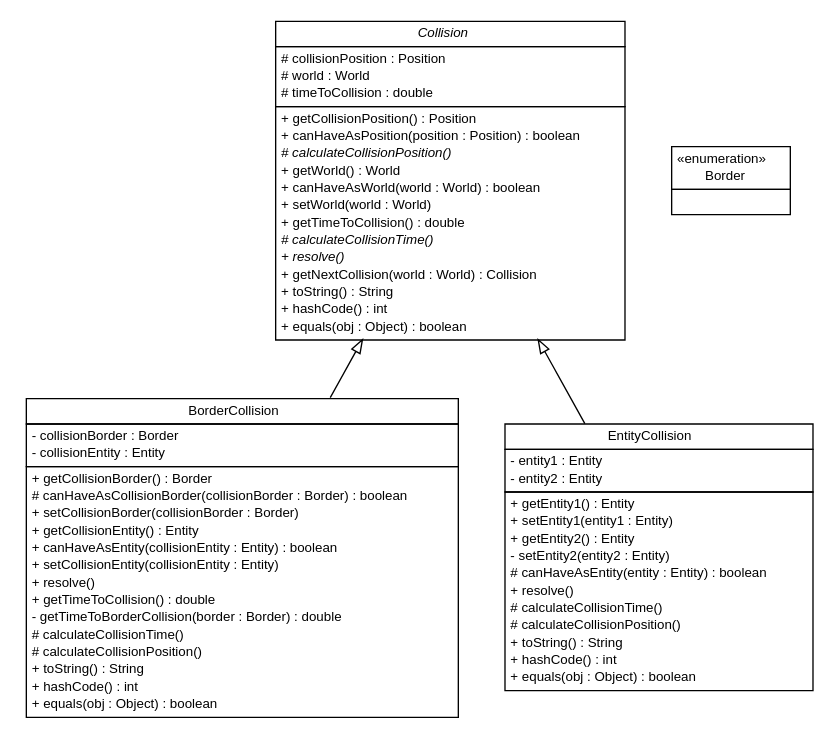
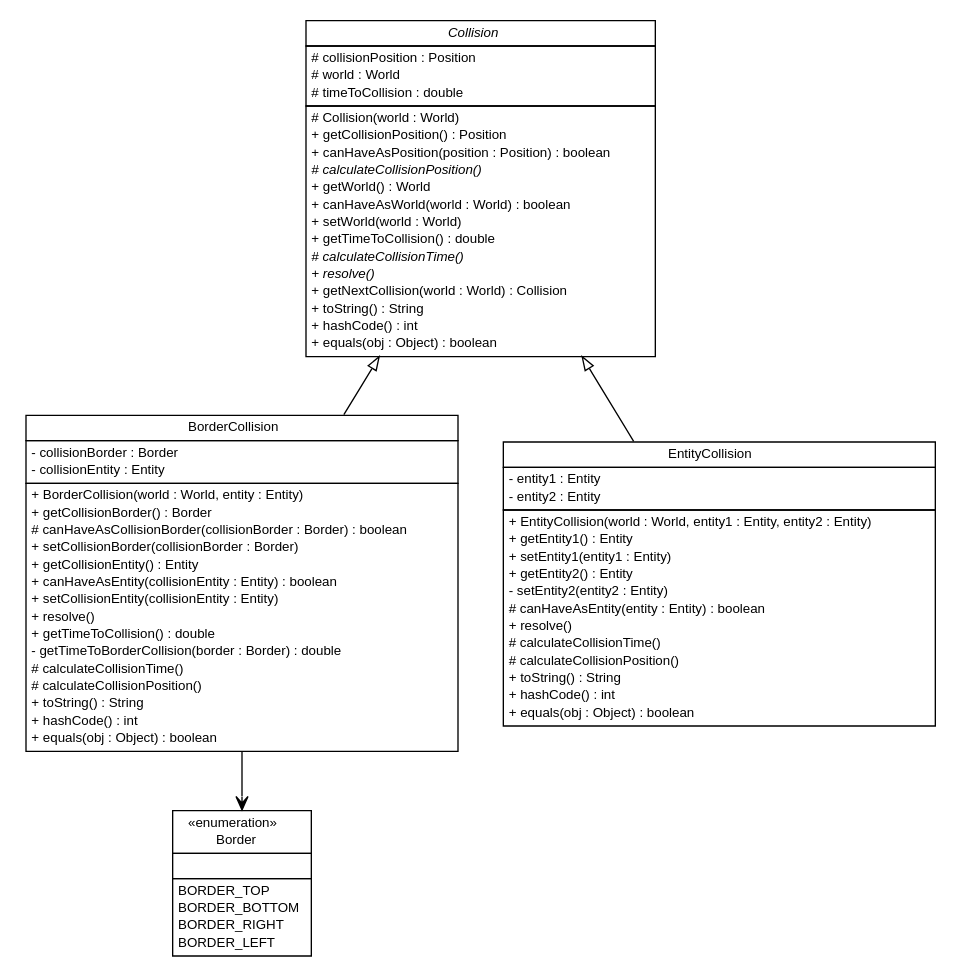
Before and after one commit to sinopeus/asteroids: the diagram in doc/world/physics/collision/world.physics.collision.dot, drawn with Graphviz. The commit also changed 940 other files, not shown here.

```diff
--- a/doc/world/physics/collision/world.physics.collision.dot
+++ b/doc/world/physics/collision/world.physics.collision.dot
@@ -1,101 +1,112 @@
 #!/usr/local/bin/dot
 #
 # Class diagram 
 # Generated by UMLGraph version R5_6 (http://www.umlgraph.org/)
 #
 
 digraph G {
 	edge [fontname="Helvetica",fontsize=10,labelfontname="Helvetica",labelfontsize=10];
 	node [fontname="Helvetica",fontsize=10,shape=plaintext];
 	nodesep=0.25;
 	ranksep=0.5;
 	// world.physics.collision.Collision
 	c2237 [label=<<table title="world.physics.collision.Collision" border="0" cellborder="1" cellspacing="0" cellpadding="2" port="p" href="./Collision.html">
 		<tr><td><table border="0" cellspacing="0" cellpadding="1">
 <tr><td align="center" balign="center"><font face="Helvetica-Oblique"> Collision </font></td></tr>
 		</table></td></tr>
 		<tr><td><table border="0" cellspacing="0" cellpadding="1">
 <tr><td align="left" balign="left"> # collisionPosition : Position </td></tr>
 <tr><td align="left" balign="left"> # world : World </td></tr>
 <tr><td align="left" balign="left"> # timeToCollision : double </td></tr>
 		</table></td></tr>
 		<tr><td><table border="0" cellspacing="0" cellpadding="1">
+<tr><td align="left" balign="left"> # Collision(world : World) </td></tr>
 <tr><td align="left" balign="left"> + getCollisionPosition() : Position </td></tr>
 <tr><td align="left" balign="left"> + canHaveAsPosition(position : Position) : boolean </td></tr>
 <tr><td align="left" balign="left"><font face="Helvetica-Oblique" point-size="10.0"> # calculateCollisionPosition() </font></td></tr>
 <tr><td align="left" balign="left"> + getWorld() : World </td></tr>
 <tr><td align="left" balign="left"> + canHaveAsWorld(world : World) : boolean </td></tr>
 <tr><td align="left" balign="left"> + setWorld(world : World) </td></tr>
 <tr><td align="left" balign="left"> + getTimeToCollision() : double </td></tr>
 <tr><td align="left" balign="left"><font face="Helvetica-Oblique" point-size="10.0"> # calculateCollisionTime() </font></td></tr>
 <tr><td align="left" balign="left"><font face="Helvetica-Oblique" point-size="10.0"> + resolve() </font></td></tr>
 <tr><td align="left" balign="left"> + getNextCollision(world : World) : Collision </td></tr>
 <tr><td align="left" balign="left"> + toString() : String </td></tr>
 <tr><td align="left" balign="left"> + hashCode() : int </td></tr>
 <tr><td align="left" balign="left"> + equals(obj : Object) : boolean </td></tr>
 		</table></td></tr>
 		</table>>, URL="./Collision.html", fontname="Helvetica", fontcolor="black", fontsize=10.0];
 	// world.physics.collision.Border
 	c2238 [label=<<table title="world.physics.collision.Border" border="0" cellborder="1" cellspacing="0" cellpadding="2" port="p" href="./Border.html">
 		<tr><td><table border="0" cellspacing="0" cellpadding="1">
 <tr><td align="center" balign="center"> &#171;enumeration&#187; </td></tr>
 <tr><td align="center" balign="center"> Border </td></tr>
 		</table></td></tr>
 		<tr><td><table border="0" cellspacing="0" cellpadding="1">
 <tr><td align="left" balign="left">  </td></tr>
 		</table></td></tr>
+		<tr><td><table border="0" cellspacing="0" cellpadding="1">
+<tr><td align="left" balign="left"> BORDER_TOP </td></tr>
+<tr><td align="left" balign="left"> BORDER_BOTTOM </td></tr>
+<tr><td align="left" balign="left"> BORDER_RIGHT </td></tr>
+<tr><td align="left" balign="left"> BORDER_LEFT </td></tr>
+		</table></td></tr>
 		</table>>, URL="./Border.html", fontname="Helvetica", fontcolor="black", fontsize=10.0];
 	// world.physics.collision.BorderCollision
 	c2239 [label=<<table title="world.physics.collision.BorderCollision" border="0" cellborder="1" cellspacing="0" cellpadding="2" port="p" href="./BorderCollision.html">
 		<tr><td><table border="0" cellspacing="0" cellpadding="1">
 <tr><td align="center" balign="center"> BorderCollision </td></tr>
 		</table></td></tr>
 		<tr><td><table border="0" cellspacing="0" cellpadding="1">
 <tr><td align="left" balign="left"> - collisionBorder : Border </td></tr>
 <tr><td align="left" balign="left"> - collisionEntity : Entity </td></tr>
 		</table></td></tr>
 		<tr><td><table border="0" cellspacing="0" cellpadding="1">
+<tr><td align="left" balign="left"> + BorderCollision(world : World, entity : Entity) </td></tr>
 <tr><td align="left" balign="left"> + getCollisionBorder() : Border </td></tr>
 <tr><td align="left" balign="left"> # canHaveAsCollisionBorder(collisionBorder : Border) : boolean </td></tr>
 <tr><td align="left" balign="left"> + setCollisionBorder(collisionBorder : Border) </td></tr>
 <tr><td align="left" balign="left"> + getCollisionEntity() : Entity </td></tr>
 <tr><td align="left" balign="left"> + canHaveAsEntity(collisionEntity : Entity) : boolean </td></tr>
 <tr><td align="left" balign="left"> + setCollisionEntity(collisionEntity : Entity) </td></tr>
 <tr><td align="left" balign="left"> + resolve() </td></tr>
 <tr><td align="left" balign="left"> + getTimeToCollision() : double </td></tr>
 <tr><td align="left" balign="left"> - getTimeToBorderCollision(border : Border) : double </td></tr>
 <tr><td align="left" balign="left"> # calculateCollisionTime() </td></tr>
 <tr><td align="left" balign="left"> # calculateCollisionPosition() </td></tr>
 <tr><td align="left" balign="left"> + toString() : String </td></tr>
 <tr><td align="left" balign="left"> + hashCode() : int </td></tr>
 <tr><td align="left" balign="left"> + equals(obj : Object) : boolean </td></tr>
 		</table></td></tr>
 		</table>>, URL="./BorderCollision.html", fontname="Helvetica", fontcolor="black", fontsize=10.0];
 	// world.physics.collision.EntityCollision
 	c2240 [label=<<table title="world.physics.collision.EntityCollision" border="0" cellborder="1" cellspacing="0" cellpadding="2" port="p" href="./EntityCollision.html">
 		<tr><td><table border="0" cellspacing="0" cellpadding="1">
 <tr><td align="center" balign="center"> EntityCollision </td></tr>
 		</table></td></tr>
 		<tr><td><table border="0" cellspacing="0" cellpadding="1">
 <tr><td align="left" balign="left"> - entity1 : Entity </td></tr>
 <tr><td align="left" balign="left"> - entity2 : Entity </td></tr>
 		</table></td></tr>
 		<tr><td><table border="0" cellspacing="0" cellpadding="1">
+<tr><td align="left" balign="left"> + EntityCollision(world : World, entity1 : Entity, entity2 : Entity) </td></tr>
 <tr><td align="left" balign="left"> + getEntity1() : Entity </td></tr>
 <tr><td align="left" balign="left"> + setEntity1(entity1 : Entity) </td></tr>
 <tr><td align="left" balign="left"> + getEntity2() : Entity </td></tr>
 <tr><td align="left" balign="left"> - setEntity2(entity2 : Entity) </td></tr>
 <tr><td align="left" balign="left"> # canHaveAsEntity(entity : Entity) : boolean </td></tr>
 <tr><td align="left" balign="left"> + resolve() </td></tr>
 <tr><td align="left" balign="left"> # calculateCollisionTime() </td></tr>
 <tr><td align="left" balign="left"> # calculateCollisionPosition() </td></tr>
 <tr><td align="left" balign="left"> + toString() : String </td></tr>
 <tr><td align="left" balign="left"> + hashCode() : int </td></tr>
 <tr><td align="left" balign="left"> + equals(obj : Object) : boolean </td></tr>
 		</table></td></tr>
 		</table>>, URL="./EntityCollision.html", fontname="Helvetica", fontcolor="black", fontsize=10.0];
 	//world.physics.collision.BorderCollision extends world.physics.collision.Collision
 	c2237:p -> c2239:p [dir=back,arrowtail=empty];
 	//world.physics.collision.EntityCollision extends world.physics.collision.Collision
 	c2237:p -> c2240:p [dir=back,arrowtail=empty];
+	// world.physics.collision.BorderCollision NAVASSOC world.physics.collision.Border
+	c2239:p -> c2238:p [taillabel="", label="", headlabel="", fontname="Helvetica", fontcolor="black", fontsize=10.0, color="black", arrowhead=open];
 }
```
